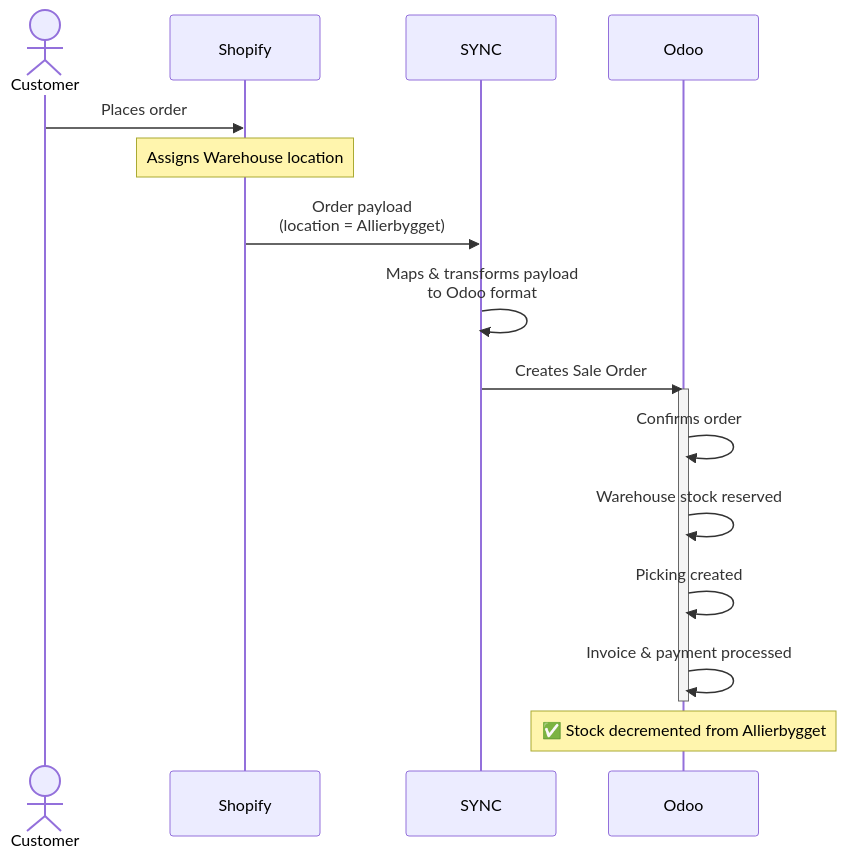
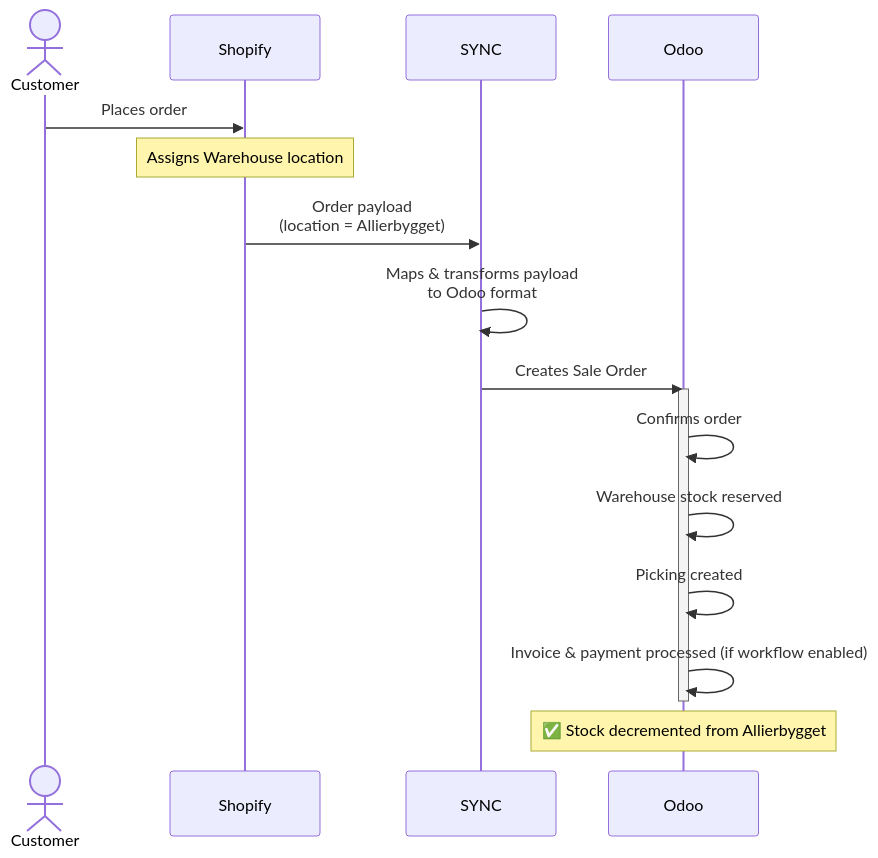
Before and after one commit to ozan-droid/documents: the third of 16 diagrams in shopify-sync-odoo-scenarios.md, drawn with Mermaid. The commit also changed other lines of this file, not shown here.

````diff
--- a/shopify-sync-odoo-scenarios.md
+++ b/shopify-sync-odoo-scenarios.md
@@ -109,23 +109,23 @@
 ```mermaid
 sequenceDiagram
     actor Customer
     participant Shopify
     participant SYNC
     participant Odoo
 
     Customer->>Shopify: Places order
     Note over Shopify: Assigns Warehouse location
 
     Shopify->>SYNC: Order payload<br/>(location = Allierbygget)
     SYNC->>SYNC: Maps & transforms payload<br/>to Odoo format
     SYNC->>Odoo: Creates Sale Order
 
     activate Odoo
     Odoo->>Odoo: Confirms order
     Odoo->>Odoo: Warehouse stock reserved
     Odoo->>Odoo: Picking created
-    Odoo->>Odoo: Invoice & payment processed
+    Odoo->>Odoo: Invoice & payment processed (if workflow enabled)
     deactivate Odoo
 
     Note over Odoo: ✅ Stock decremented from Allierbygget
 ```
````
